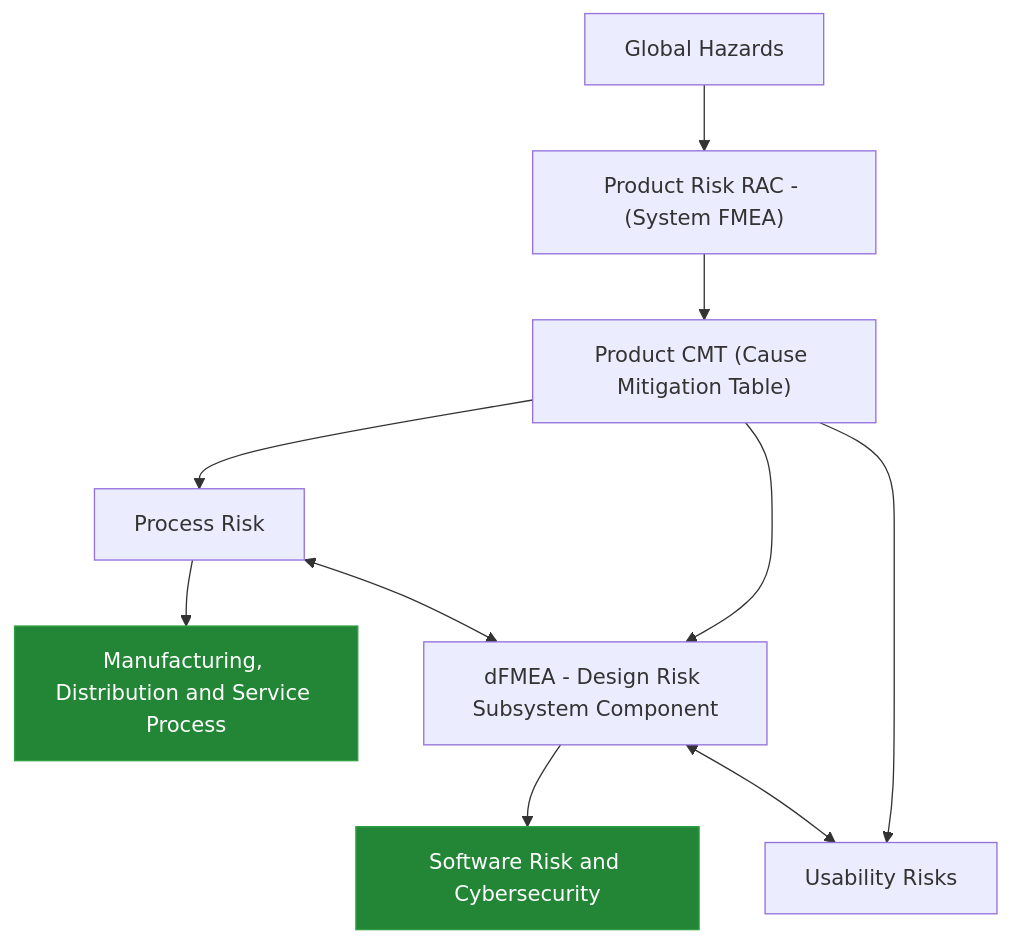
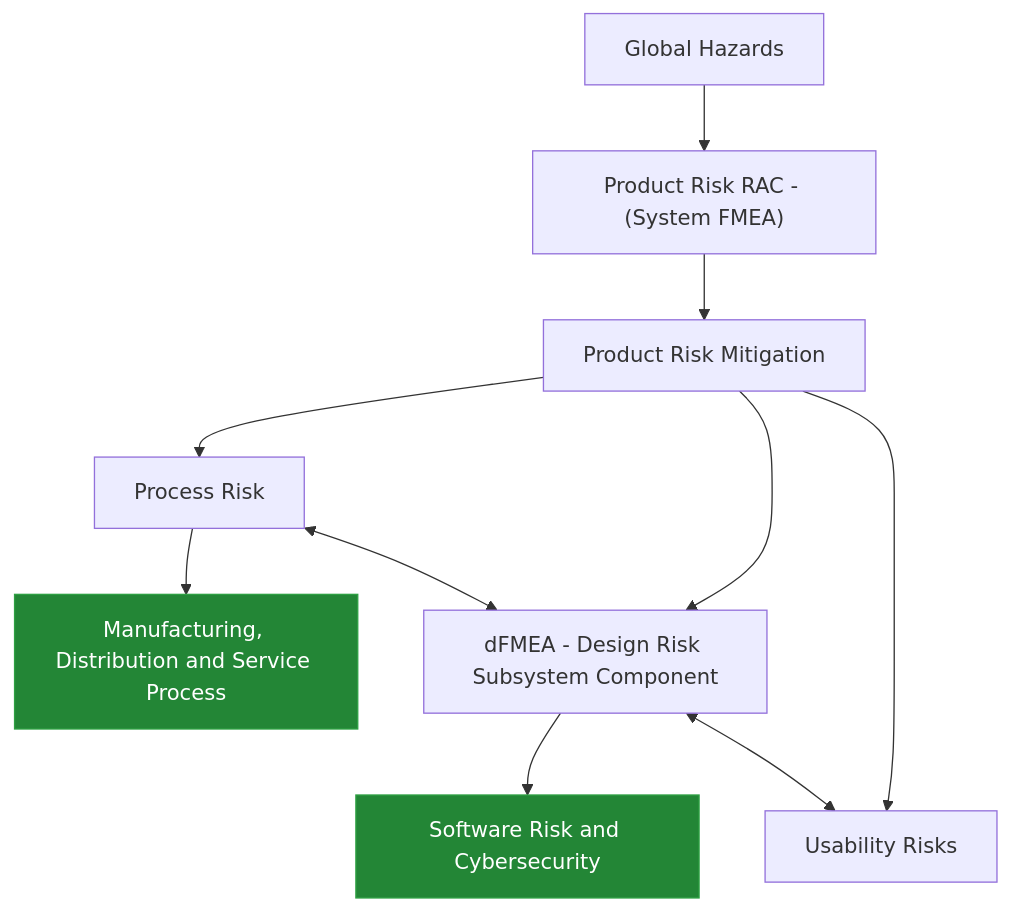
Before and after one commit to amandewatnitrr/hacking-tutorial: the diagram in FMEA/chapter-01.md, drawn with Mermaid.

Commit message:
New Section Added -> FMEA

````diff
--- a/FMEA/chapter-01.md
+++ b/FMEA/chapter-01.md
@@ -25,17 +25,17 @@
 ```mermaid
 graph TD
     GH["Global Hazards"] --> PR["Product Risk RAC - (System FMEA)"]
-    PR --> CMT["Product CMT (Cause Mitigation Table)"]
+    PR --> CMT["Product Risk Mitigation"]
     CMT --> PRO["Process Risk"]
     CMT --> DES["dFMEA - Design Risk Subsystem Component"]
     CMT --> USA["Usability Risks"]
     
     PRO --> MDS["Manufacturing, Distribution and Service Process"]
     DES --> SRC["Software Risk and Cybersecurity"]
     
     PRO <--> DES
     DES <--> USA
     
     style SRC fill:#238636,color:#ffffff,stroke:#2ea043,stroke-width:1px
     style MDS fill:#238636,color:#ffffff,stroke:#2ea043,stroke-width:1px
 ```
````
